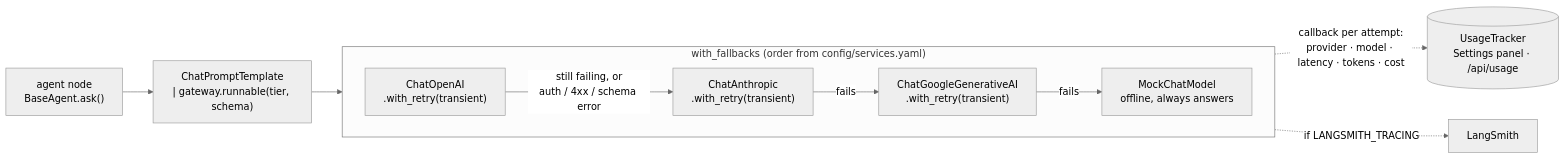
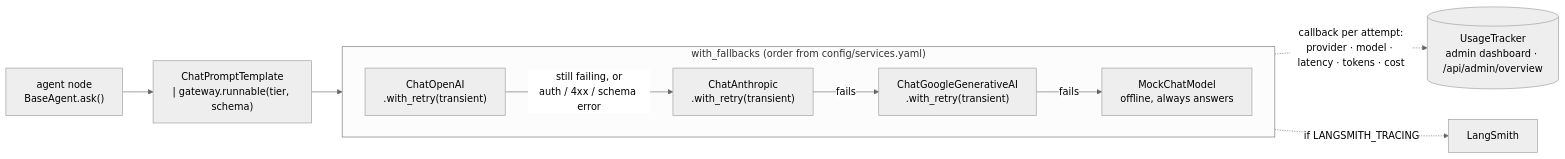
Before and after one commit to prasannakoppolu/contentblitz-ai-assistant: diagram 11 of 16 in docs/architecture.md, drawn with Mermaid (neutral theme). The commit also changed other lines of this file and 48 other files, not shown here.

````diff
--- a/docs/architecture.md
+++ b/docs/architecture.md
@@ -233,14 +246,14 @@
 ```mermaid
 flowchart LR
     node["agent node<br/>BaseAgent.ask()"] --> chain["ChatPromptTemplate<br/>| gateway.runnable(tier, schema)"] --> o
 
     subgraph fb ["with_fallbacks (order from config/services.yaml)"]
         direction LR
         o["ChatOpenAI<br/>.with_retry(transient)"] -- "still failing, or<br/>auth / 4xx / schema error" --> a["ChatAnthropic<br/>.with_retry(transient)"]
         a -- fails --> g["ChatGoogleGenerativeAI<br/>.with_retry(transient)"]
         g -- fails --> m["MockChatModel<br/>offline, always answers"]
     end
 
-    fb -. "callback per attempt:<br/>provider · model · latency · tokens · cost" .-> t[("UsageTracker<br/>Settings panel · /api/usage")]
+    fb -. "callback per attempt:<br/>provider · model · latency · tokens · cost" .-> t[("UsageTracker<br/>admin dashboard · /api/admin/overview")]
     fb -. "if LANGSMITH_TRACING" .-> ls["LangSmith"]
 ```
````
